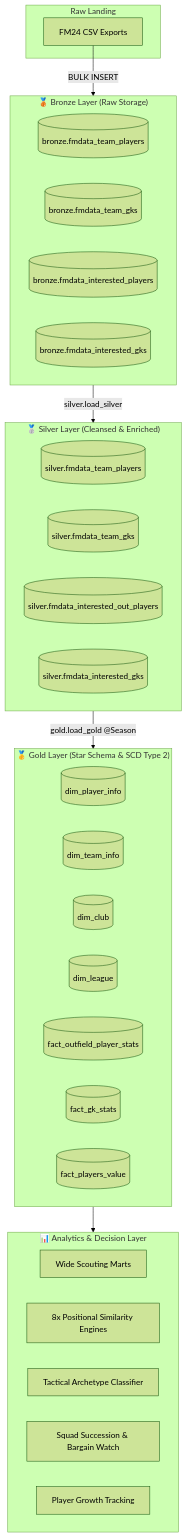
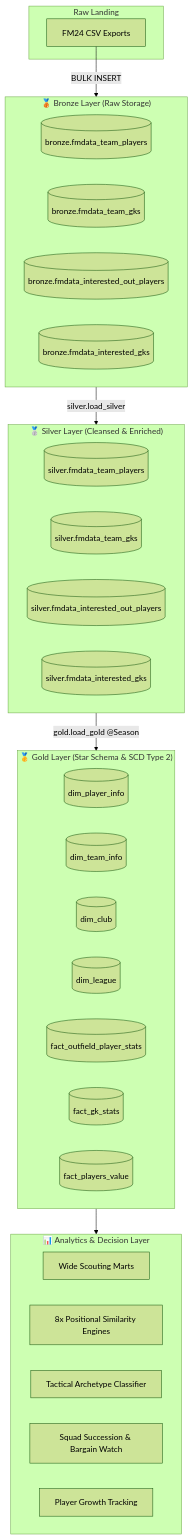
Before and after one commit to mcmedal/football-manager-warehouse-project: the first of 2 diagrams in docs/ARCHITECTURE.md, drawn with Mermaid (forest theme). The commit also changed other lines of this file and 12 other files, not shown here.

````diff
--- a/docs/ARCHITECTURE.md
+++ b/docs/ARCHITECTURE.md
@@ -17,43 +17,43 @@
 ```mermaid
 flowchart TD
     subgraph Ingestion ["Raw Landing"]
         R1[FM24 CSV Exports]
     end
 
     subgraph Bronze ["🥉 Bronze Layer (Raw Storage)"]
         B1[(bronze.fmdata_team_players)]
         B2[(bronze.fmdata_team_gks)]
-        B3[(bronze.fmdata_interested_players)]
+        B3[(bronze.fmdata_interested_out_players)]
         B4[(bronze.fmdata_interested_gks)]
     end
 
     subgraph Silver ["🥈 Silver Layer (Cleansed & Enriched)"]
         S1[(silver.fmdata_team_players)]
         S2[(silver.fmdata_team_gks)]
         S3[(silver.fmdata_interested_out_players)]
         S4[(silver.fmdata_interested_gks)]
     end
 
     subgraph Gold ["🥇 Gold Layer (Star Schema & SCD Type 2)"]
         D1[(dim_player_info)]
         D2[(dim_team_info)]
         D3[(dim_club)]
         D4[(dim_league)]
         F1[(fact_outfield_player_stats)]
         F2[(fact_gk_stats)]
         F3[(fact_players_value)]
     end
 
     subgraph Analytics ["📊 Analytics & Decision Layer"]
         M1[Wide Scouting Marts]
         M2[8x Positional Similarity Engines]
         M3[Tactical Archetype Classifier]
         M4[Squad Succession & Bargain Watch]
         M5[Player Growth Tracking]
     end
 
     R1 -->|BULK INSERT| Bronze
     Bronze -->|silver.load_silver| Silver
     Silver -->|gold.load_gold @Season| Gold
     Gold --> Analytics
 ```
````
